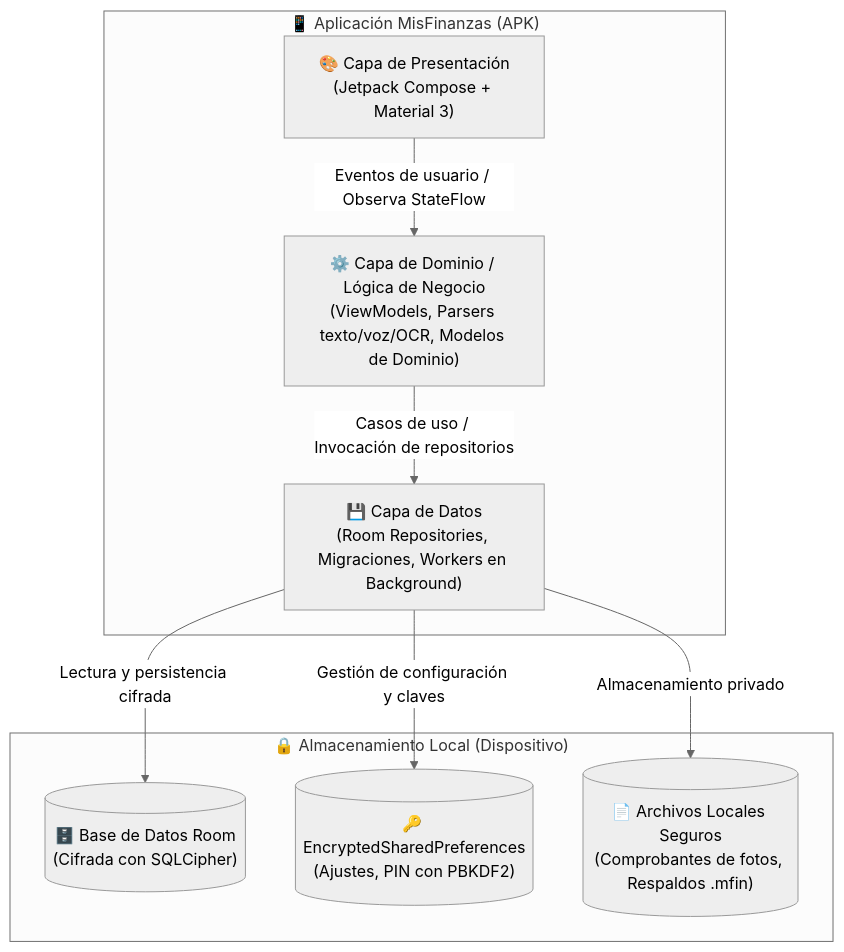
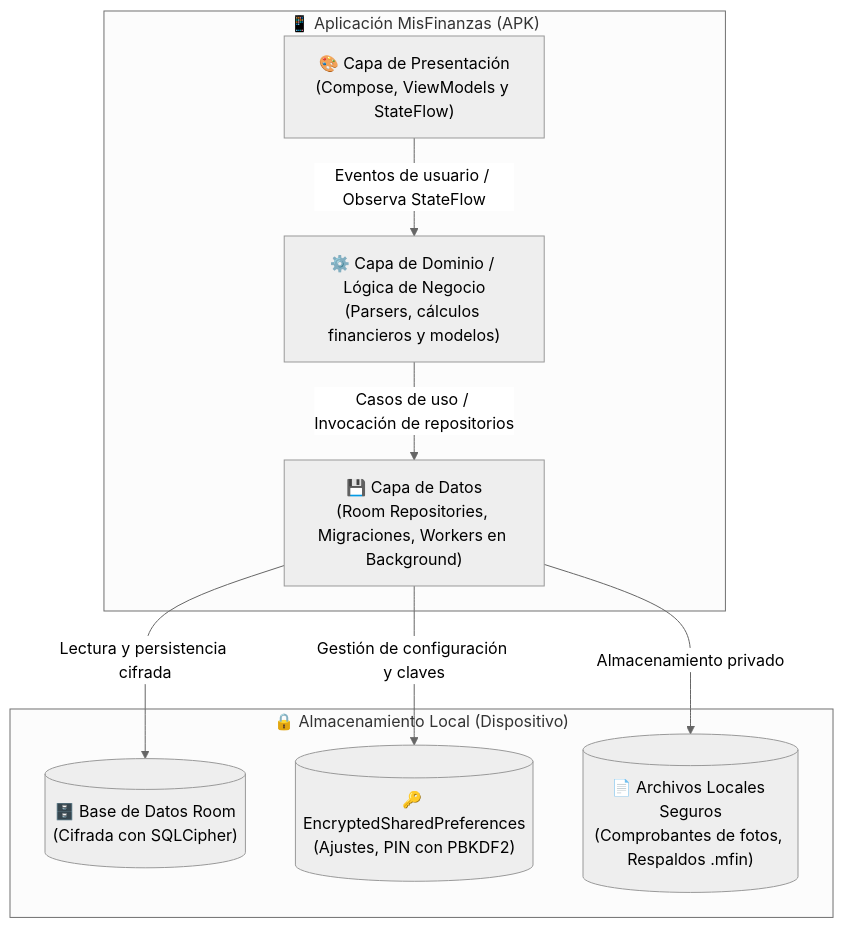
Before and after one commit to Nicooooal/MisFinanzas-Project-App: the second of 3 diagrams in docs/ARCHITECTURE.md, drawn with Mermaid (neutral theme). The commit also changed other lines of this file and 5 other files, not shown here.

````diff
--- a/docs/ARCHITECTURE.md
+++ b/docs/ARCHITECTURE.md
@@ -29,20 +29,20 @@
 ```mermaid
 flowchart TB
     subgraph AppContainer["📱 Aplicación MisFinanzas (APK)"]
-        UI["🎨 Capa de Presentación\n(Jetpack Compose + Material 3)"]
-        Domain["⚙️ Capa de Dominio / Lógica de Negocio\n(ViewModels, Parsers texto/voz/OCR, Modelos de Dominio)"]
+        UI["🎨 Capa de Presentación\n(Compose, ViewModels y StateFlow)"]
+        Domain["⚙️ Capa de Dominio / Lógica de Negocio\n(Parsers, cálculos financieros y modelos)"]
         Data["💾 Capa de Datos\n(Room Repositories, Migraciones, Workers en Background)"]
     end
 
     subgraph LocalStorage["🔒 Almacenamiento Local (Dispositivo)"]
         SQLCipher[("🗄️ Base de Datos Room\n(Cifrada con SQLCipher)")]
         EncryptedPrefs[("🔑 EncryptedSharedPreferences\n(Ajustes, PIN con PBKDF2)")]
         FileStorage[("📄 Archivos Locales Seguros\n(Comprobantes de fotos, Respaldos .mfin)")]
     end
 
     UI -->|"Eventos de usuario / Observa StateFlow"| Domain
     Domain -->|"Casos de uso / Invocación de repositorios"| Data
     Data -->|"Lectura y persistencia cifrada"| SQLCipher
     Data -->|"Gestión de configuración y claves"| EncryptedPrefs
     Data -->|"Almacenamiento privado"| FileStorage
 ```
````
